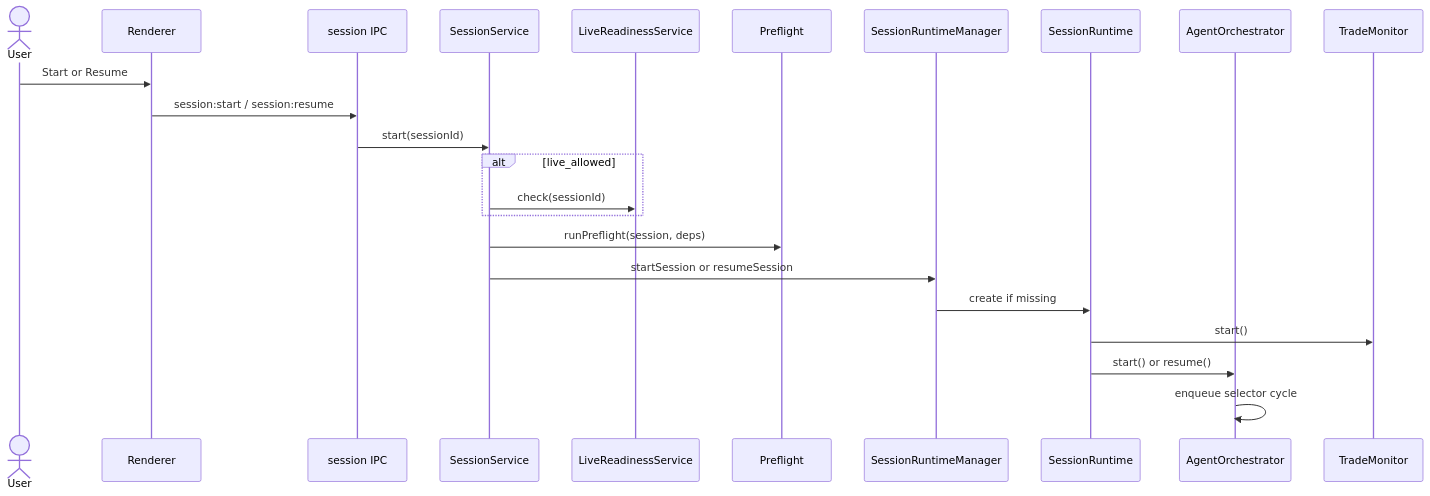
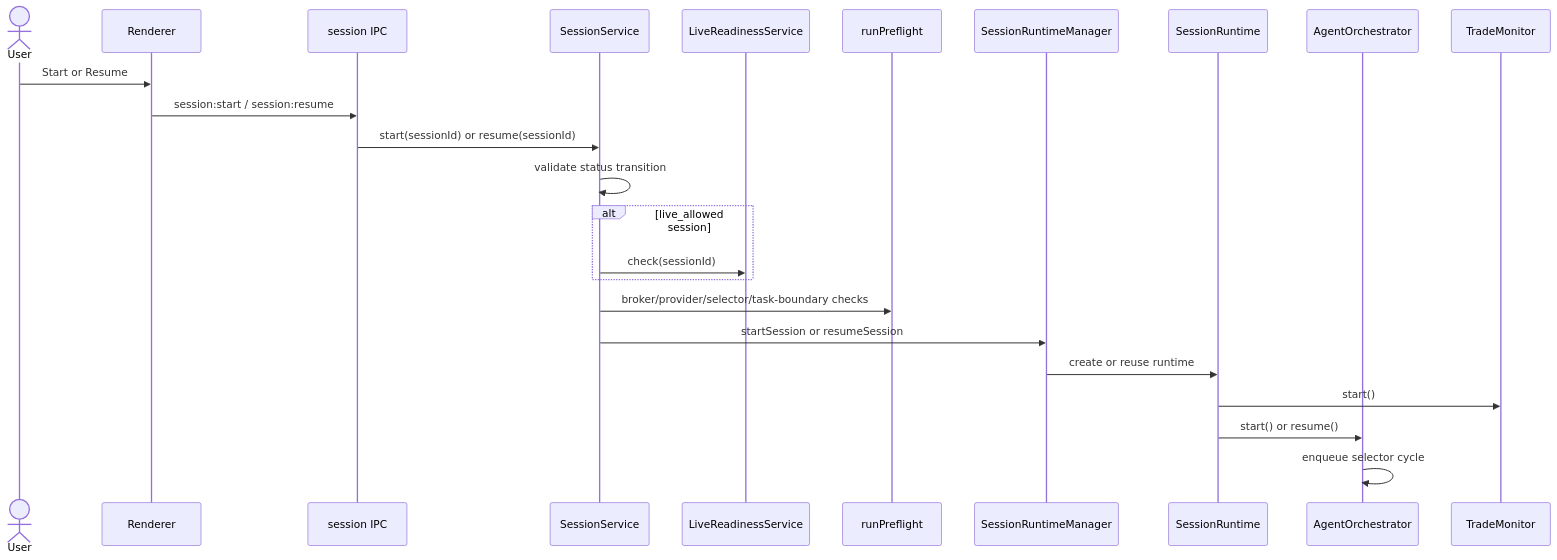
Before and after one commit to KennethAtchon/Exva: the fifth of 14 diagrams in docs/architecture/ai-runtime.md, drawn with Mermaid. The commit also changed other lines of this file and 11 other files, not shown here.

````diff
--- a/docs/architecture/ai-runtime.md
+++ b/docs/architecture/ai-runtime.md
@@ -230,26 +207,27 @@
 ```mermaid
 sequenceDiagram
     actor User
     participant UI as Renderer
     participant IPC as session IPC
-    participant SS as SessionService
-    participant LR as LiveReadinessService
-    participant PF as Preflight
-    participant SRM as SessionRuntimeManager
-    participant RT as SessionRuntime
-    participant AO as AgentOrchestrator
-    participant TM as TradeMonitor
+    participant Service as SessionService
+    participant Live as LiveReadinessService
+    participant Preflight as runPreflight
+    participant Manager as SessionRuntimeManager
+    participant Runtime as SessionRuntime
+    participant Orch as AgentOrchestrator
+    participant Monitor as TradeMonitor
 
     User->>UI: Start or Resume
     UI->>IPC: session:start / session:resume
-    IPC->>SS: start(sessionId)
-    alt live_allowed
-        SS->>LR: check(sessionId)
+    IPC->>Service: start(sessionId) or resume(sessionId)
+    Service->>Service: validate status transition
+    alt live_allowed session
+        Service->>Live: check(sessionId)
     end
-    SS->>PF: runPreflight(session, deps)
-    SS->>SRM: startSession or resumeSession
-    SRM->>RT: create if missing
-    RT->>TM: start()
-    RT->>AO: start() or resume()
-    AO->>AO: enqueue selector cycle
+    Service->>Preflight: broker/provider/selector/task-boundary checks
+    Service->>Manager: startSession or resumeSession
+    Manager->>Runtime: create or reuse runtime
+    Runtime->>Monitor: start()
+    Runtime->>Orch: start() or resume()
+    Orch->>Orch: enqueue selector cycle
 ```
````
